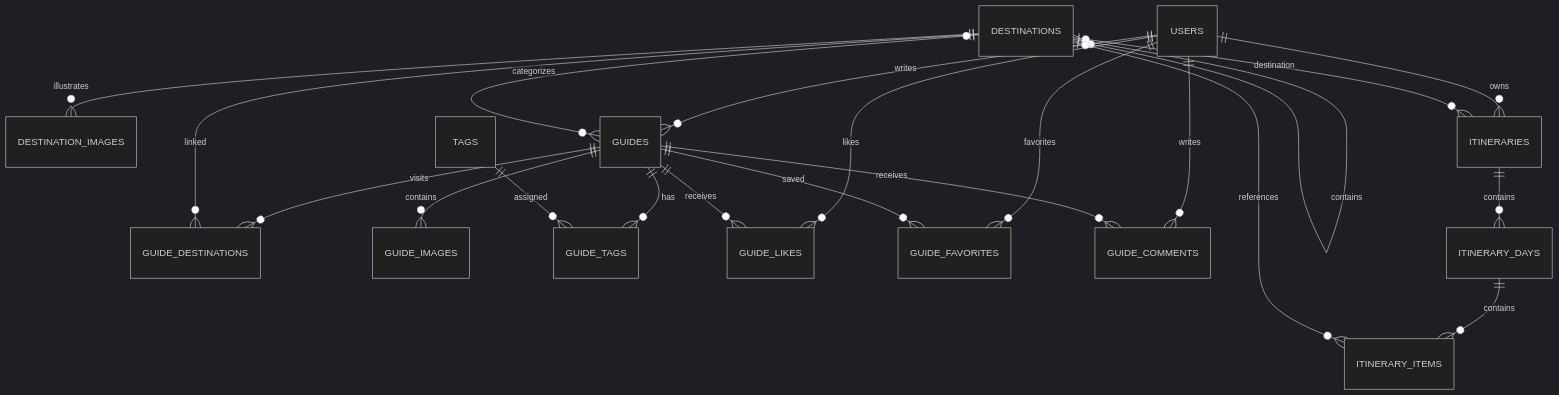
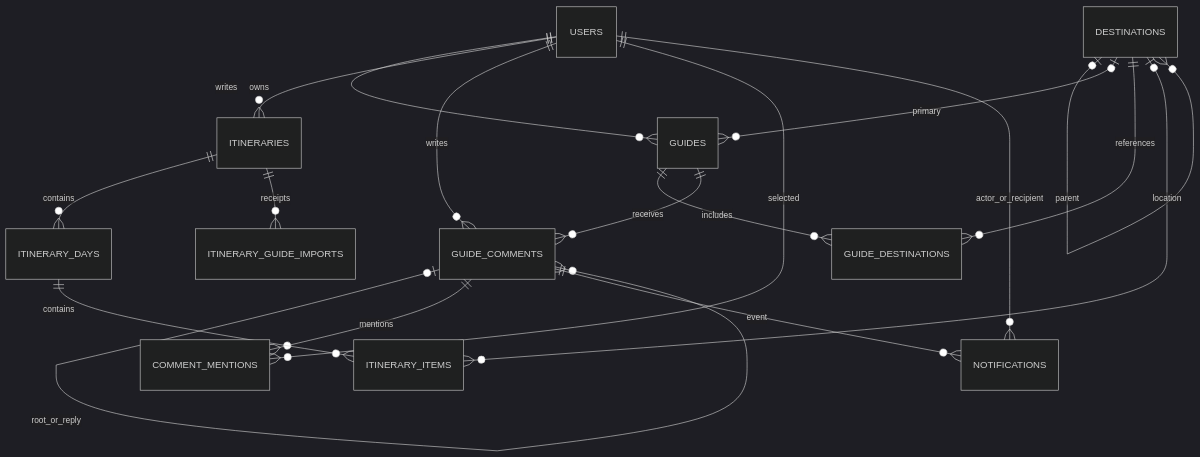
The diagram in docs/diagrams/er.mmd (TheSixPasserby/travel-platform), drawn with Mermaid (dark theme) before and after one commit. The commit also changed 175 other files, not shown here.

```diff
--- a/docs/diagrams/er.mmd
+++ b/docs/diagrams/er.mmd
@@ -1,21 +1,18 @@
 erDiagram
-    DESTINATIONS o|--o{ DESTINATIONS : contains
-    DESTINATIONS ||--o{ DESTINATION_IMAGES : illustrates
-    GUIDES ||--o{ GUIDE_DESTINATIONS : visits
-    DESTINATIONS ||--o{ GUIDE_DESTINATIONS : linked
     USERS ||--o{ GUIDES : writes
-    DESTINATIONS o|--o{ GUIDES : categorizes
-    GUIDES ||--o{ GUIDE_IMAGES : contains
-    GUIDES ||--o{ GUIDE_TAGS : has
-    TAGS ||--o{ GUIDE_TAGS : assigned
-    USERS ||--o{ GUIDE_LIKES : likes
-    GUIDES ||--o{ GUIDE_LIKES : receives
-    USERS ||--o{ GUIDE_FAVORITES : favorites
-    GUIDES ||--o{ GUIDE_FAVORITES : saved
+    USERS ||--o{ ITINERARIES : owns
+    DESTINATIONS o|--o{ DESTINATIONS : parent
+    DESTINATIONS o|--o{ GUIDES : primary
+    GUIDES ||--o{ GUIDE_DESTINATIONS : includes
+    DESTINATIONS ||--o{ GUIDE_DESTINATIONS : references
+    GUIDES ||--o{ GUIDE_COMMENTS : receives
     USERS ||--o{ GUIDE_COMMENTS : writes
-    GUIDES ||--o{ GUIDE_COMMENTS : receives
-    USERS ||--o{ ITINERARIES : owns
-    DESTINATIONS o|--o{ ITINERARIES : destination
+    GUIDE_COMMENTS o|--o{ GUIDE_COMMENTS : root_or_reply
+    GUIDE_COMMENTS ||--o{ COMMENT_MENTIONS : mentions
+    USERS ||--o{ COMMENT_MENTIONS : selected
+    USERS ||--o{ NOTIFICATIONS : actor_or_recipient
+    GUIDE_COMMENTS ||--o{ NOTIFICATIONS : event
     ITINERARIES ||--o{ ITINERARY_DAYS : contains
     ITINERARY_DAYS ||--o{ ITINERARY_ITEMS : contains
-    DESTINATIONS o|--o{ ITINERARY_ITEMS : references
+    DESTINATIONS o|--o{ ITINERARY_ITEMS : location
+    ITINERARIES ||--o{ ITINERARY_GUIDE_IMPORTS : receipts
```
